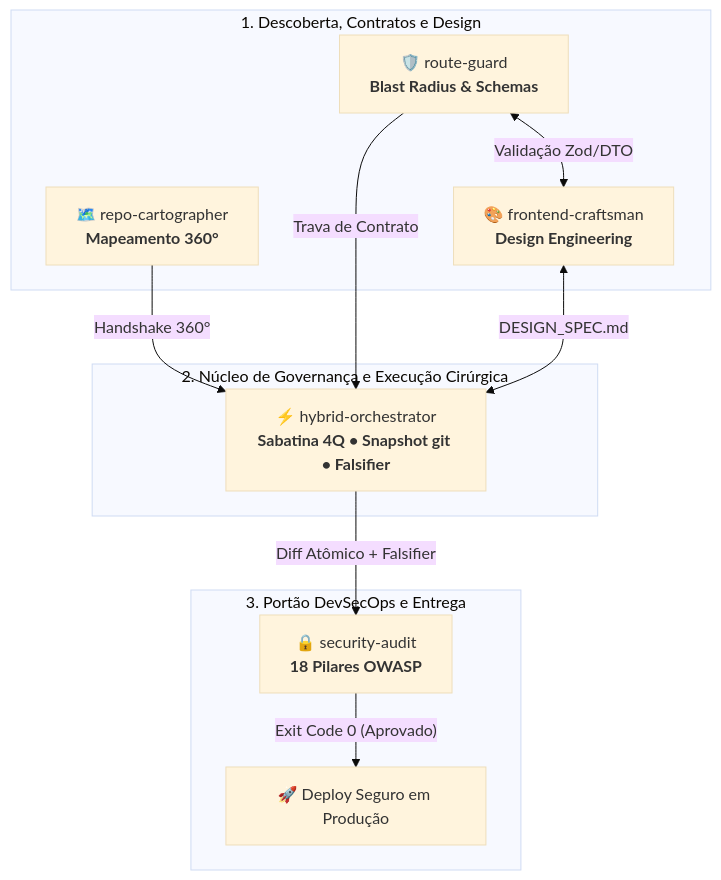
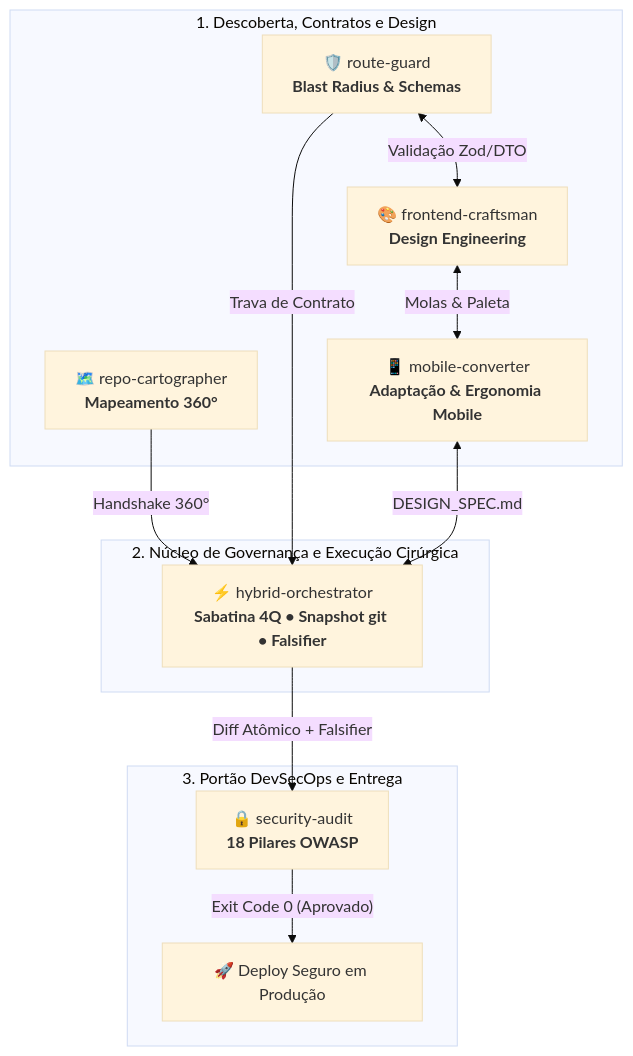
Before and after one commit to Henrique-All/skills: the first of 4 diagrams in README.md, drawn with Mermaid (base theme). The commit also changed other lines of this file and 13 other files, not shown here.

Commit message:
feat(mobile-converter): create mobile-converter skill with audit, templates and monorepo integration

````diff
--- a/README.md
+++ b/README.md
@@ -12,25 +12,27 @@
 ```mermaid
 flowchart TD
     subgraph FASE1 ["1. Descoberta, Contratos e Design"]
         RC["🗺️ repo-cartographer<br/><b>Mapeamento 360°</b>"]
         RG["🛡️ route-guard<br/><b>Blast Radius & Schemas</b>"]
         FC["🎨 frontend-craftsman<br/><b>Design Engineering</b>"]
+        MC["📱 mobile-converter<br/><b>Adaptação & Ergonomia Mobile</b>"]
     end
 
     subgraph FASE2 ["2. Núcleo de Governança e Execução Cirúrgica"]
         HO["⚡ hybrid-orchestrator<br/><b>Sabatina 4Q • Snapshot git • Falsifier</b>"]
     end
 
     subgraph FASE3 ["3. Portão DevSecOps e Entrega"]
         SA["🔒 security-audit<br/><b>18 Pilares OWASP</b>"]
         Deploy["🚀 Deploy Seguro em Produção"]
     end
 
     RC -->|"Handshake 360°"| HO
     RG -->|"Trava de Contrato"| HO
     RG <-->|"Validação Zod/DTO"| FC
-    FC <-->|"DESIGN_SPEC.md"| HO
+    FC <-->|"Molas & Paleta"| MC
+    MC <-->|"DESIGN_SPEC.md"| HO
 
     HO -->|"Diff Atômico + Falsifier"| SA
     SA -->|"Exit Code 0 (Aprovado)"| Deploy
 ```
````
